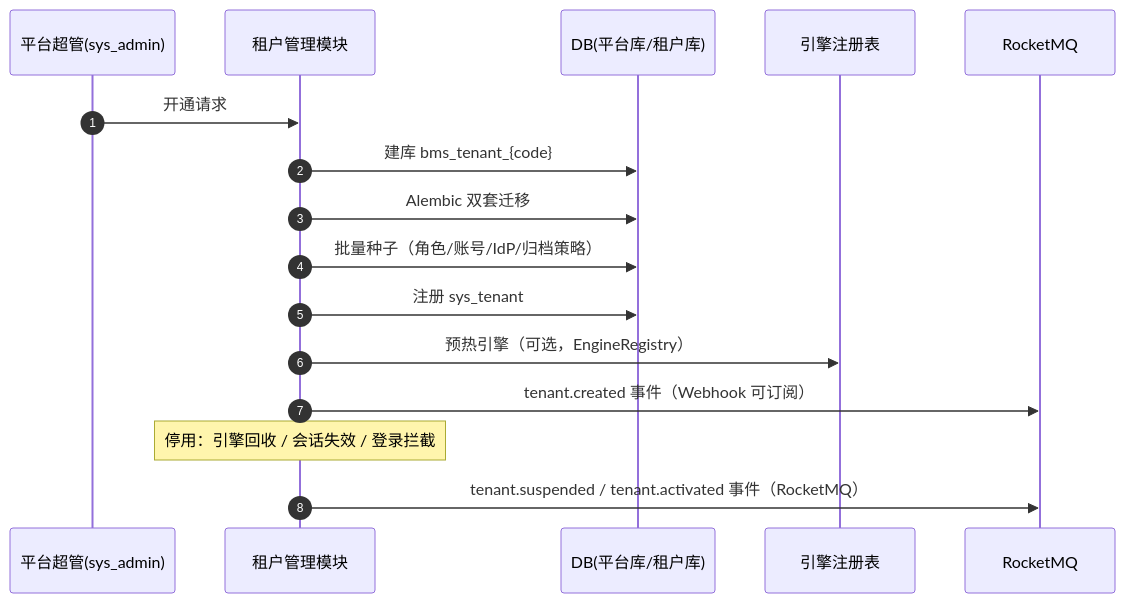
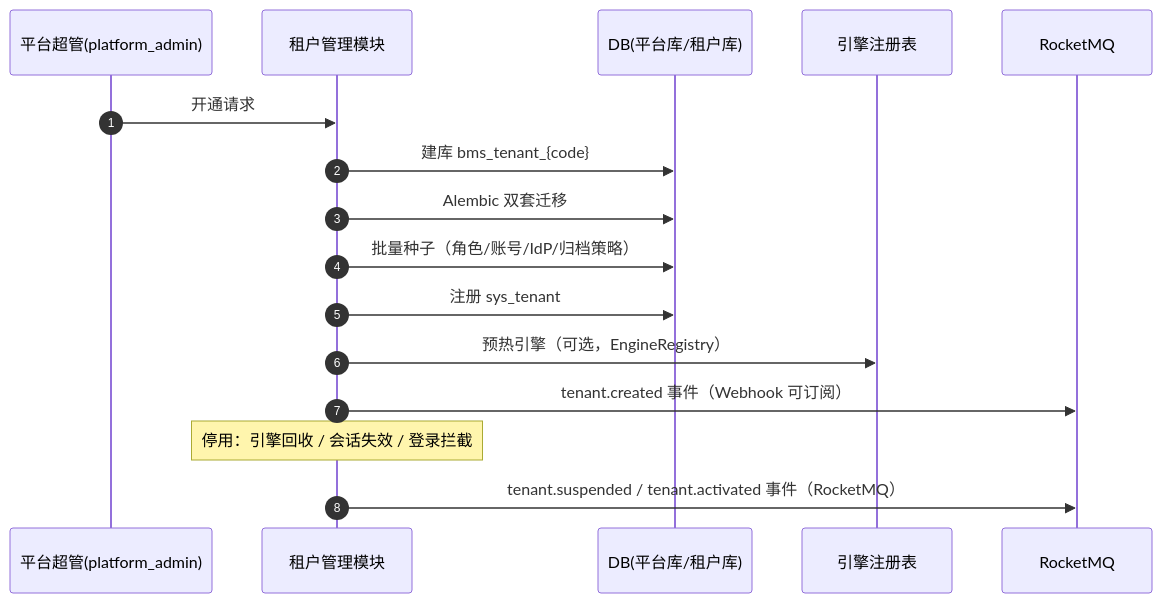
One commit to minjian123/basic-management-system changed the diagram in bms文档/设计/概要设计/25_概要设计_租户管理.md. Above: the diagram before and after it, drawn with Mermaid. The commit also changed other lines of this file and 12 other files, not shown here.

````diff
--- a/bms文档/设计/概要设计/25_概要设计_租户管理.md
+++ b/bms文档/设计/概要设计/25_概要设计_租户管理.md
@@ -50,19 +50,19 @@
 ```mermaid
 sequenceDiagram
     autonumber
-    participant 超管 as 平台超管(sys_admin)
+    participant 超管 as 平台超管(platform_admin)
     participant 租管 as 租户管理模块
     participant DB as DB(平台库/租户库)
     participant 引擎 as 引擎注册表
     participant MQ as RocketMQ
 
     超管->>租管: 开通请求
     租管->>DB: 建库 bms_tenant_{code}
     租管->>DB: Alembic 双套迁移
     租管->>DB: 批量种子（角色/账号/IdP/归档策略）
     租管->>DB: 注册 sys_tenant
     租管->>引擎: 预热引擎（可选，EngineRegistry）
     租管->>MQ: tenant.created 事件（Webhook 可订阅）
     Note over 租管: 停用：引擎回收 / 会话失效 / 登录拦截
     租管->>MQ: tenant.suspended / tenant.activated 事件（RocketMQ）
 ```
````
